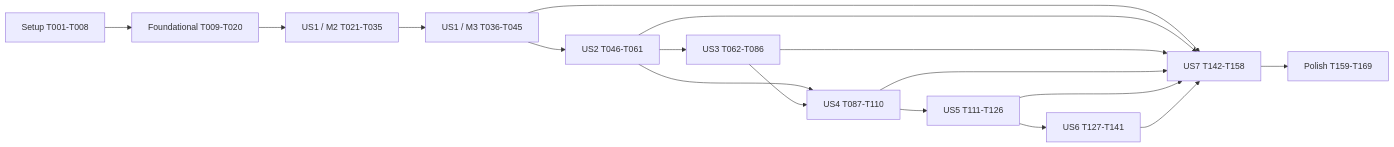
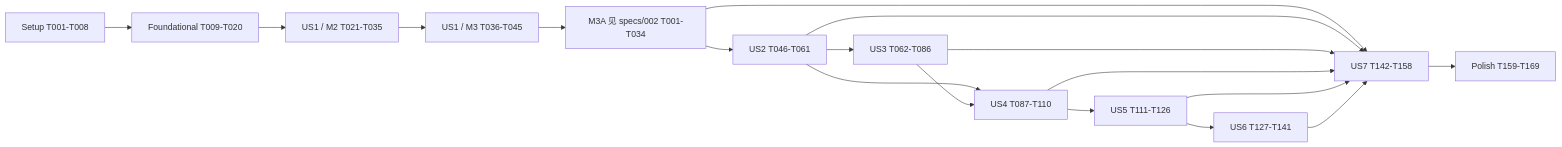
The diagram in specs/001-daily-activity-plan/tasks.md (ywyz/child-manager), drawn with Mermaid before and after one commit. The commit also changed other lines of this file and 29 other files, not shown here.

````diff
--- a/specs/001-daily-activity-plan/tasks.md
+++ b/specs/001-daily-activity-plan/tasks.md
@@ -410,19 +422,20 @@
 ```mermaid
 flowchart LR
     S[Setup T001-T008] --> F[Foundational T009-T020]
     F --> M2[US1 / M2 T021-T035]
     M2 --> M3[US1 / M3 T036-T045]
-    M3 --> U2[US2 T046-T061]
+    M3 --> M3A[M3A 见 specs/002 T001-T034]
+    M3A --> U2[US2 T046-T061]
     U2 --> U3[US3 T062-T086]
     U2 --> U4[US4 T087-T110]
     U3 --> U4
     U4 --> U5[US5 T111-T126]
     U5 --> U6[US6 T127-T141]
-    M3 --> U7[US7 T142-T158]
+    M3A --> U7[US7 T142-T158]
     U2 --> U7
     U3 --> U7
     U4 --> U7
     U5 --> U7
     U6 --> U7
     U7 --> P[Polish T159-T169]
 ```
````
